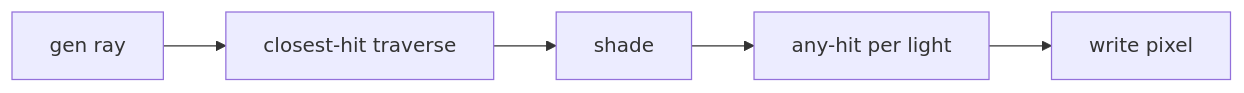
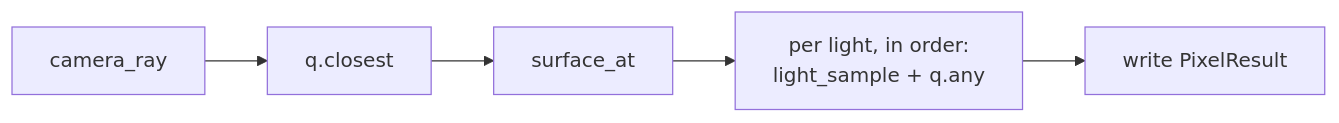
The third of 4 diagrams in docs/ARCHITECTURE.md (Mikail-Sadic-UT/Ray-Tracer), drawn with Mermaid before and after one commit. The commit also changed other lines of this file and 12 other files, not shown here.

````diff
--- a/docs/ARCHITECTURE.md
+++ b/docs/ARCHITECTURE.md
@@ -88,4 +104,4 @@
 ```mermaid
 flowchart LR
-  A1[gen ray] --> A2[closest-hit traverse] --> A3[shade] --> A4[any-hit per light] --> A5[write pixel]
+  A1[camera_ray] --> A2["q.closest"] --> A3[surface_at] --> A4["per light, in order:<br/>light_sample + q.any"] --> A5[write PixelResult]
 ```
````
